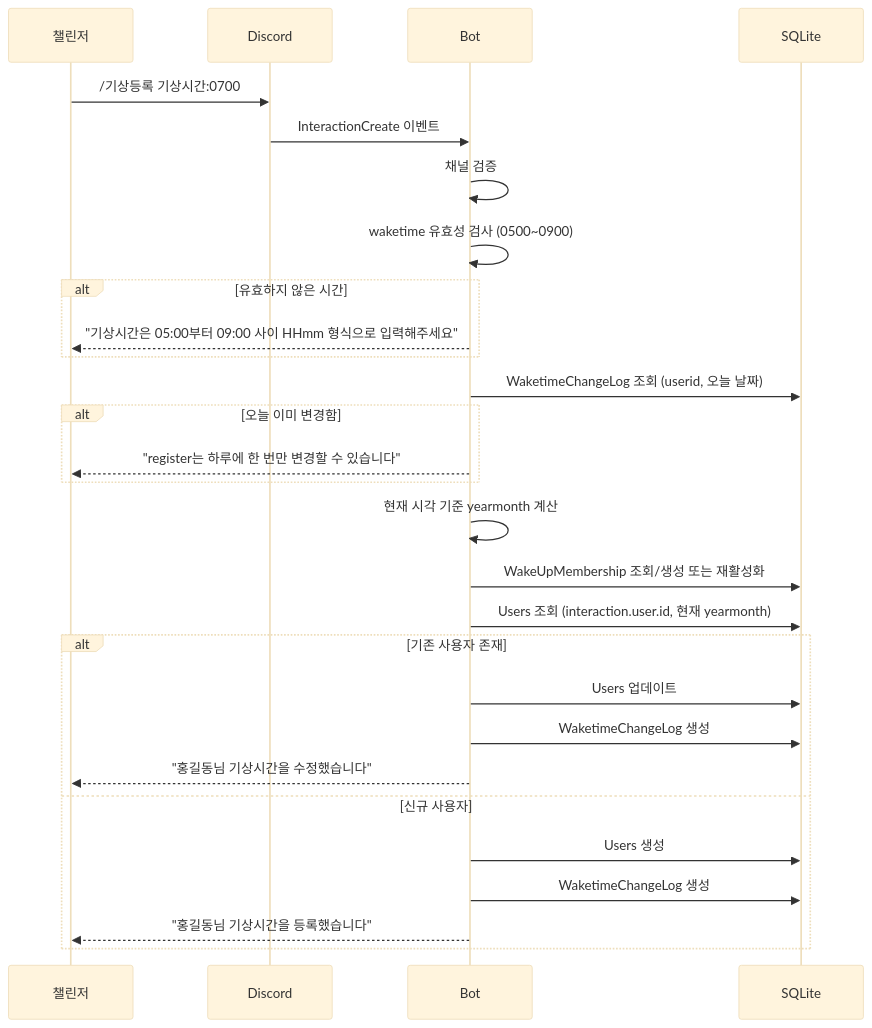
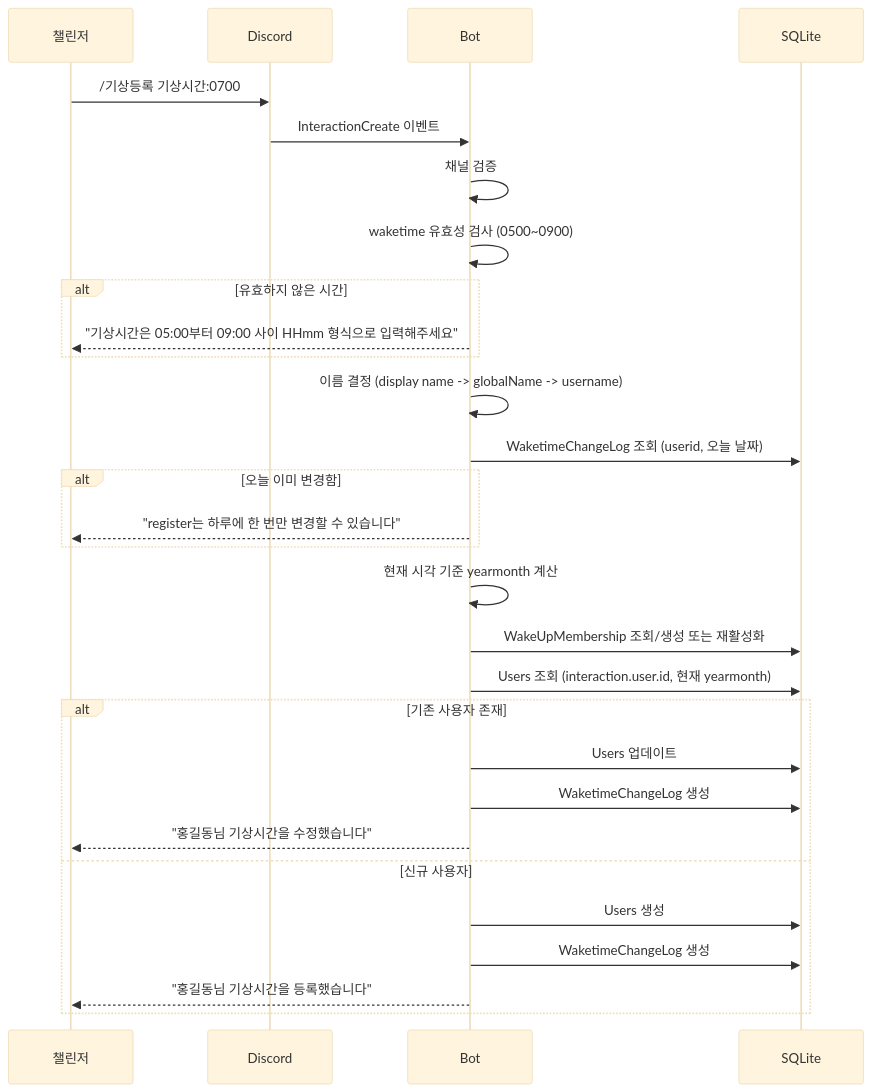
The sixth of 20 diagrams in docs/USER_STORIES.md (honki12345/haruharu-discord-bot), drawn with Mermaid (base theme) before and after one commit. The commit also changed other lines of this file and 4 other files, not shown here.

````diff
--- a/docs/USER_STORIES.md
+++ b/docs/USER_STORIES.md
@@ -211,36 +212,38 @@
 ```mermaid
 sequenceDiagram
     participant U as 챌린저
     participant D as Discord
     participant B as Bot
     participant DB as SQLite
 
     U->>D: /기상등록 기상시간:0700
 
     D->>B: InteractionCreate 이벤트
     B->>B: 채널 검증
 
     B->>B: waketime 유효성 검사 (0500~0900)
     alt 유효하지 않은 시간
         B-->>U: "기상시간은 05:00부터 09:00 사이 HHmm 형식으로 입력해주세요"
     end
+
+    B->>B: 이름 결정 (display name -> globalName -> username)
 
     B->>DB: WaketimeChangeLog 조회 (userid, 오늘 날짜)
     alt 오늘 이미 변경함
         B-->>U: "register는 하루에 한 번만 변경할 수 있습니다"
     end
 
     B->>B: 현재 시각 기준 yearmonth 계산
     B->>DB: WakeUpMembership 조회/생성 또는 재활성화
     B->>DB: Users 조회 (interaction.user.id, 현재 yearmonth)
 
     alt 기존 사용자 존재
         B->>DB: Users 업데이트
         B->>DB: WaketimeChangeLog 생성
         B-->>U: "홍길동님 기상시간을 수정했습니다"
     else 신규 사용자
         B->>DB: Users 생성
         B->>DB: WaketimeChangeLog 생성
         B-->>U: "홍길동님 기상시간을 등록했습니다"
     end
 ```
````
